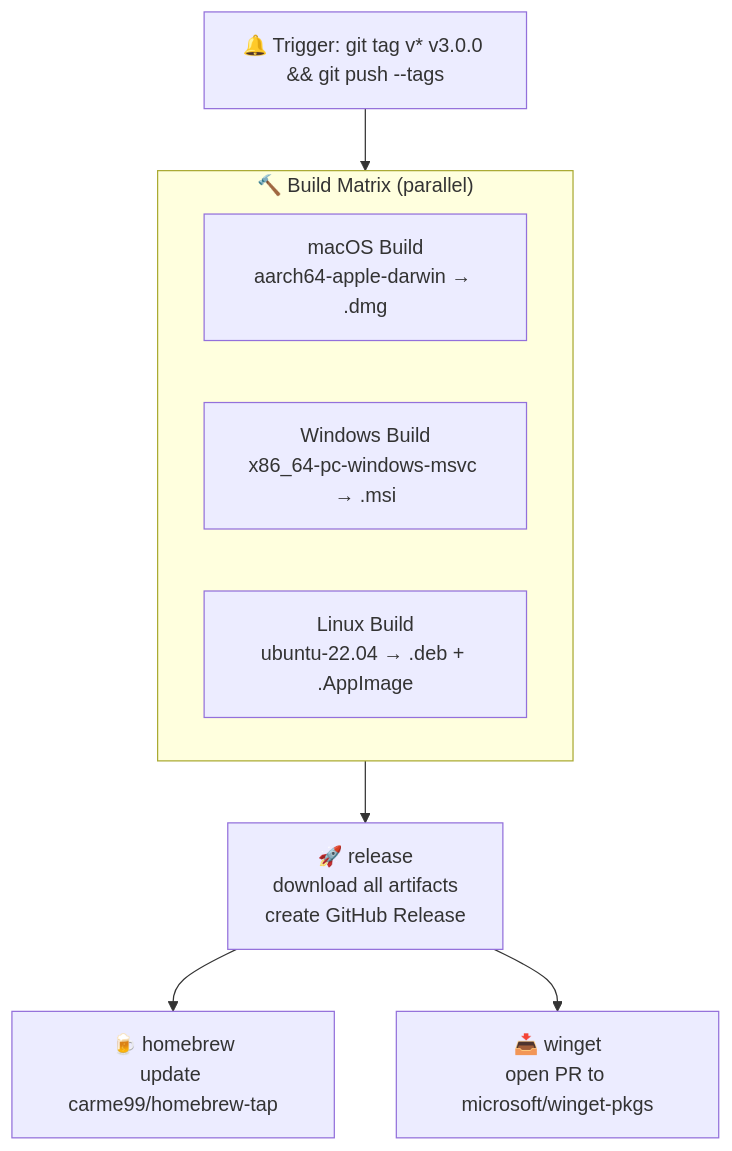
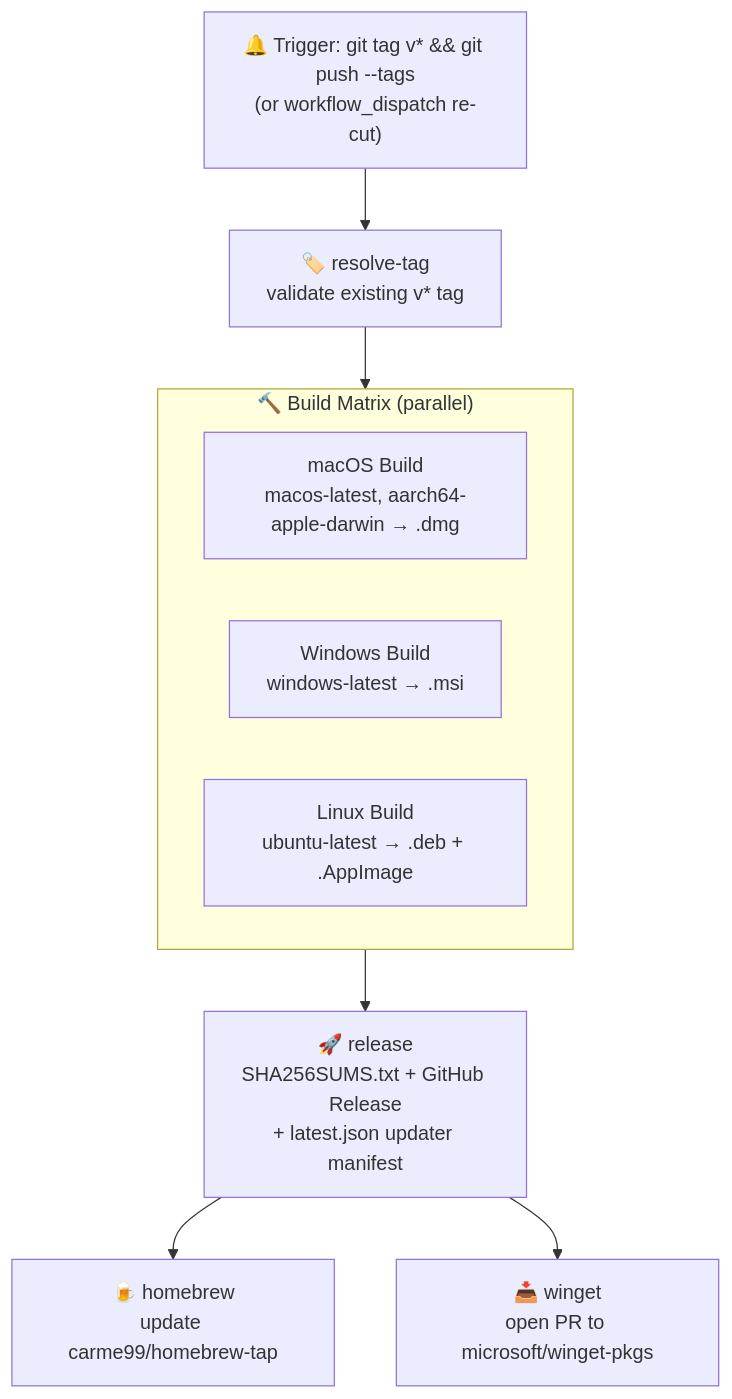
The second of 8 diagrams in ARCHITECTURE.md (Carme99/PresenceJam-Desktop), drawn with Mermaid before and after one commit. The commit also changed other lines of this file and 16 other files, not shown here.

````diff
--- a/ARCHITECTURE.md
+++ b/ARCHITECTURE.md
@@ -90,15 +91,16 @@
 ```mermaid
 flowchart TD
-    Trigger["🔔 Trigger: git tag v* v3.0.0 && git push --tags"]
+    Trigger["🔔 Trigger: git tag v* && git push --tags<br/>(or workflow_dispatch re-cut)"]
+    Resolve["🏷️ resolve-tag<br/>validate existing v* tag"]
     subgraph Build["🔨 Build Matrix (parallel)"]
         direction LR
-        MacBuild["macOS Build<br/>aarch64-apple-darwin → .dmg"]
-        WinBuild["Windows Build<br/>x86_64-pc-windows-msvc → .msi"]
-        LinBuild["Linux Build<br/>ubuntu-22.04 → .deb + .AppImage"]
+        MacBuild["macOS Build<br/>macos-latest, aarch64-apple-darwin → .dmg"]
+        WinBuild["Windows Build<br/>windows-latest → .msi"]
+        LinBuild["Linux Build<br/>ubuntu-latest → .deb + .AppImage"]
     end
-    Release["🚀 release<br/>download all artifacts<br/>create GitHub Release"]
+    Release["🚀 release<br/>SHA256SUMS.txt + GitHub Release<br/>+ latest.json updater manifest"]
     Brew["🍺 homebrew<br/>update carme99/homebrew-tap"]
     Winget["📥 winget<br/>open PR to microsoft/winget-pkgs"]
-    Trigger --> Build --> Release --> Brew
+    Trigger --> Resolve --> Build --> Release --> Brew
     Release --> Winget
 ```
````
